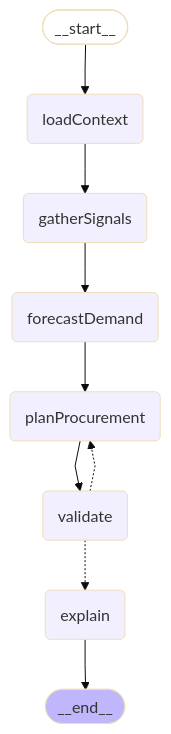
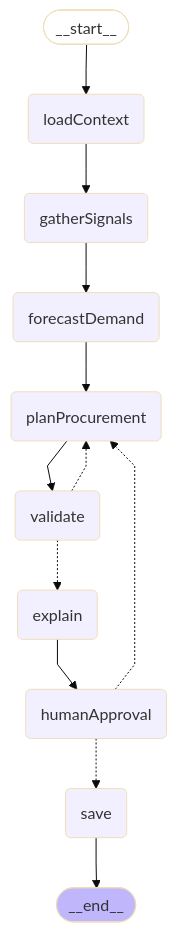
The diagram in README.md (Arikalp/stall-brain), drawn with Mermaid (base theme) before and after one commit. The commit also changed other lines of this file and 28 other files, not shown here.

````diff
--- a/README.md
+++ b/README.md
@@ -210,23 +226,28 @@
 ```mermaid
 %%{init: {'flowchart': {'curve': 'linear'}}}%%
 graph TD;
 	__start__([<p>__start__</p>]):::first
 	loadContext(loadContext)
 	gatherSignals(gatherSignals)
 	forecastDemand(forecastDemand)
 	planProcurement(planProcurement)
 	validate(validate)
 	explain(explain)
+	humanApproval(humanApproval)
+	save(save)
 	__end__([<p>__end__</p>]):::last
 	__start__ --> loadContext;
-	explain --> __end__;
+	explain --> humanApproval;
 	forecastDemand --> planProcurement;
 	gatherSignals --> forecastDemand;
 	loadContext --> gatherSignals;
 	planProcurement --> validate;
+	save --> __end__;
 	validate -.-> planProcurement;
 	validate -.-> explain;
+	humanApproval -.-> save;
+	humanApproval -.-> planProcurement;
 	classDef default fill:#f2f0ff,line-height:1.2;
 	classDef first fill-opacity:0;
 	classDef last fill:#bfb6fc;
 ```
````
